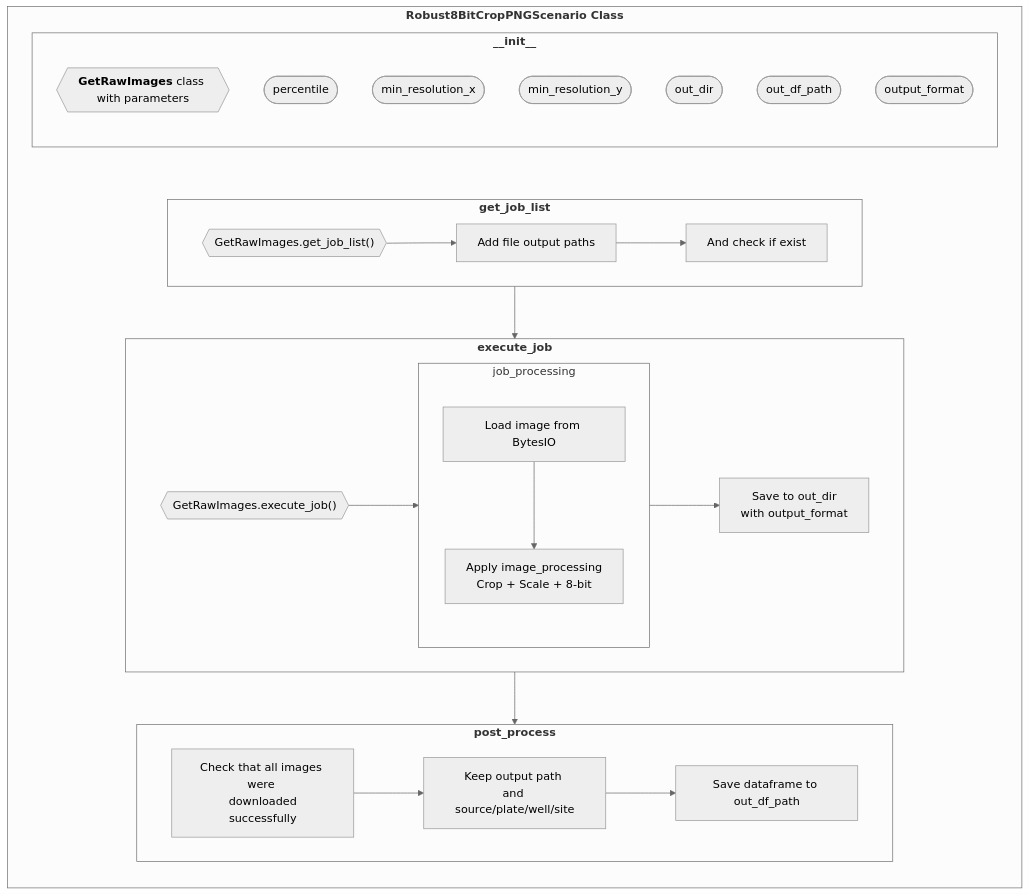
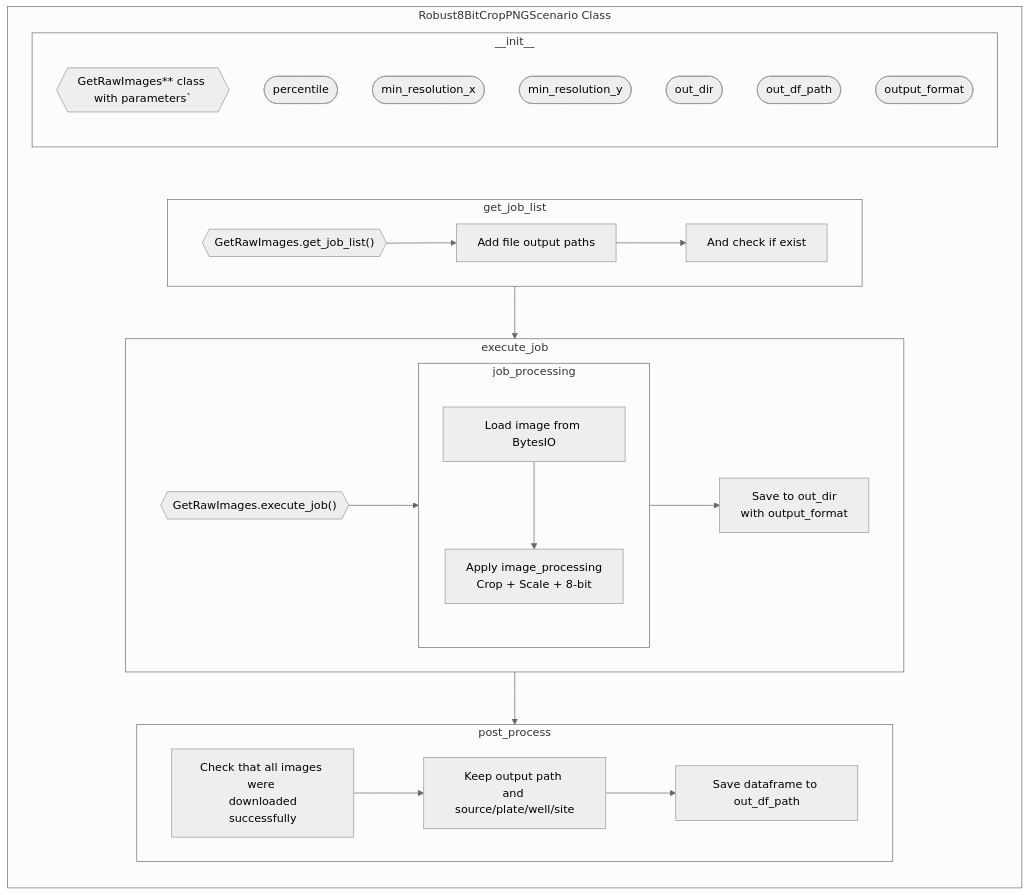
Before and after one commit to gwatkinson/jump_download: the third of 3 diagrams in README.md, drawn with Mermaid (neutral theme). The commit also changed other lines of this file, not shown here.

Commit message:
Fix mermaid flow chart

````diff
--- a/README.md
+++ b/README.md
@@ -264,54 +265,54 @@
 ```mermaid
 flowchart TD
-subgraph "`**Robust8BitCropPNGScenario Class**`"
+subgraph "Robust8BitCropPNGScenario Class"
     direction TB
 
-    subgraph init["`**#95;#95;init#95;#95;**`"]
+    subgraph init["#95;#95;init#95;#95;"]
         direction TB
-        a{{"`**GetRawImages** class with parameters`"}}
+        a{{"GetRawImages** class with parameters`"}}
         b(["percentile"])
         c([min_resolution_x])
         d([min_resolution_y])
         e([out_dir])
         f([out_df_path])
         g([output_format])
     end
 
-    subgraph get_job_list["`**get_job_list**`"]
+    subgraph get_job_list["get_job_list"]
         direction LR
         aa{{"GetRawImages.get_job_list()"}}
         ab["Add file output paths"]
         ac["And check if exist"]
         aa --> ab --> ac
     end
 
 
-    subgraph execute_job["`**execute_job**`"]
+    subgraph execute_job["execute_job"]
         direction LR
         ba{{"GetRawImages.execute_job()"}}
 
         subgraph bb["job_processing"]
             direction TB
             bba["Load image from BytesIO"]
             bbb["Apply image_processing <br> Crop + Scale + 8-bit"]
             bba --> bbb
         end
 
         bc["Save to out_dir <br> with output_format"]
         ba --> bb --> bc
     end
 
 
-    subgraph post_process["`**post_process**`"]
+    subgraph post_process["post_process"]
         direction LR
         ca["Check that all images were <br> downloaded successfully"]
         cb["Keep output path <br>and source/plate/well/site"]
         cc["Save dataframe to out_df_path"]
         ca --> cb --> cc
     end
 
     init ~~~ get_job_list
     get_job_list --> execute_job
     execute_job --> post_process
 end
 ```
````
